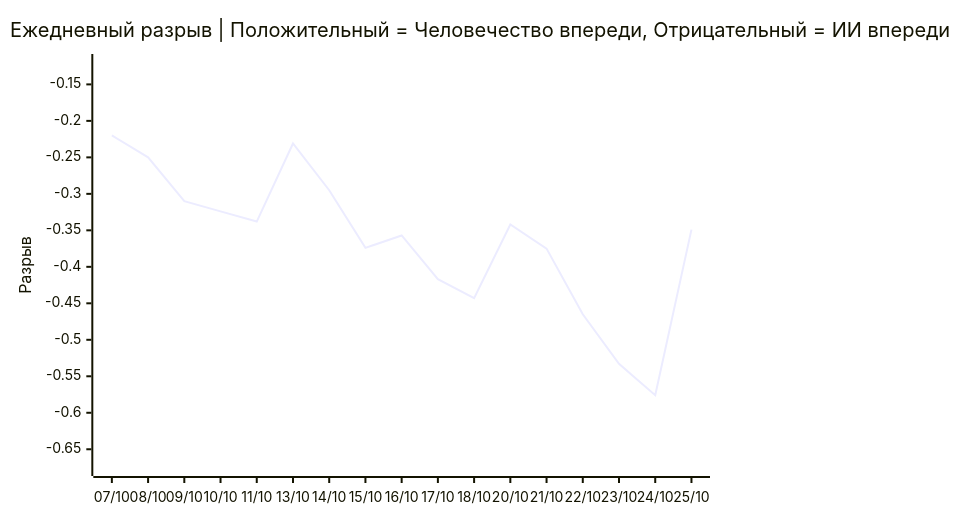
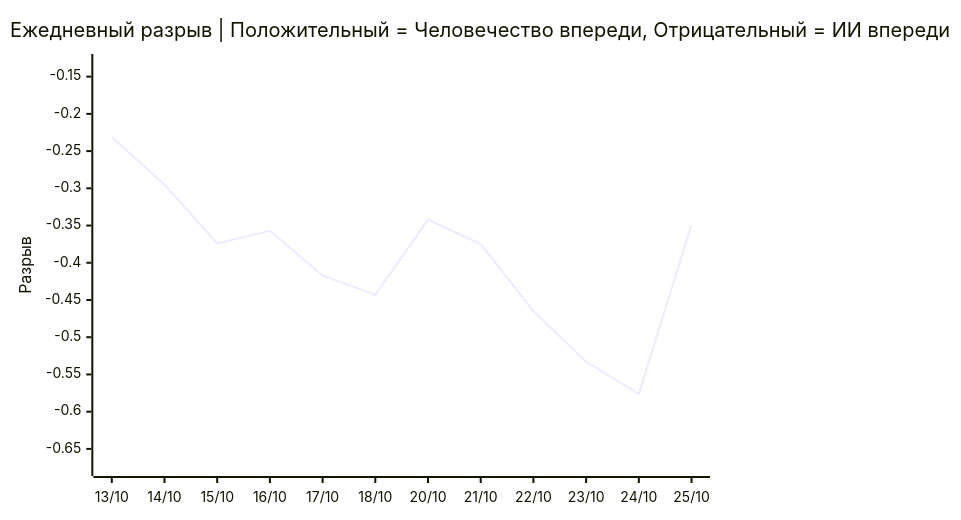
Before and after one commit to VQQLK/Human-AI-Monitor: the third of 3 diagrams in README.ru.md, drawn with Mermaid. The commit also changed other lines of this file and 2 other files, not shown here.

Commit message:
chore: sync latest [skip ci]

````diff
--- a/README.ru.md
+++ b/README.ru.md
@@ -54,7 +54,7 @@
 ```mermaid
 xychart-beta
     title "Ежедневный разрыв | Положительный = Человечество впереди, Отрицательный = ИИ впереди"
-    x-axis ["07/10", "08/10", "09/10", "10/10", "11/10", "13/10", "14/10", "15/10", "16/10", "17/10", "18/10", "20/10", "21/10", "22/10", "23/10", "24/10", "25/10"]
-    y-axis "Разрыв" -0.675 --> -0.120
-    line [-0.220, -0.250, -0.310, -0.324, -0.338, -0.231, -0.295, -0.374, -0.357, -0.417, -0.443, -0.342, -0.375, -0.465, -0.533, -0.576, -0.349]
+    x-axis ["13/10", "14/10", "15/10", "16/10", "17/10", "18/10", "20/10", "21/10", "22/10", "23/10", "24/10", "25/10"]
+    y-axis "Разрыв" -0.675 --> -0.131
+    line [-0.231, -0.295, -0.374, -0.357, -0.417, -0.443, -0.342, -0.375, -0.465, -0.533, -0.576, -0.349]
 ```
````
